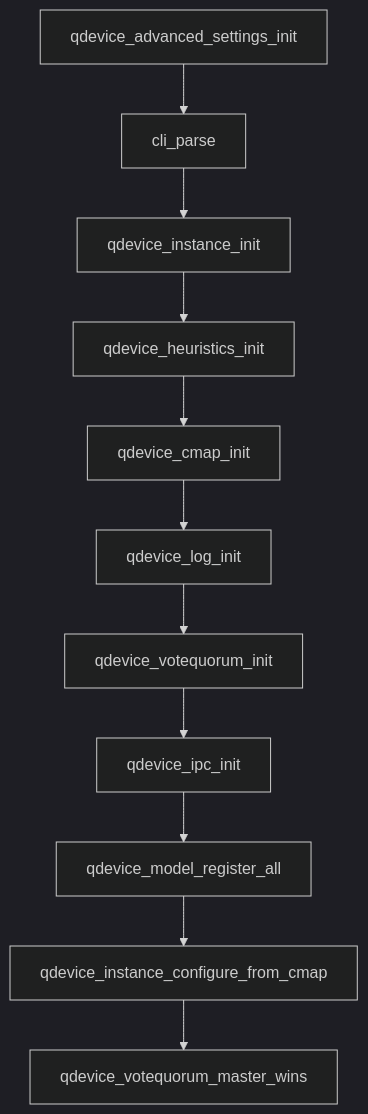
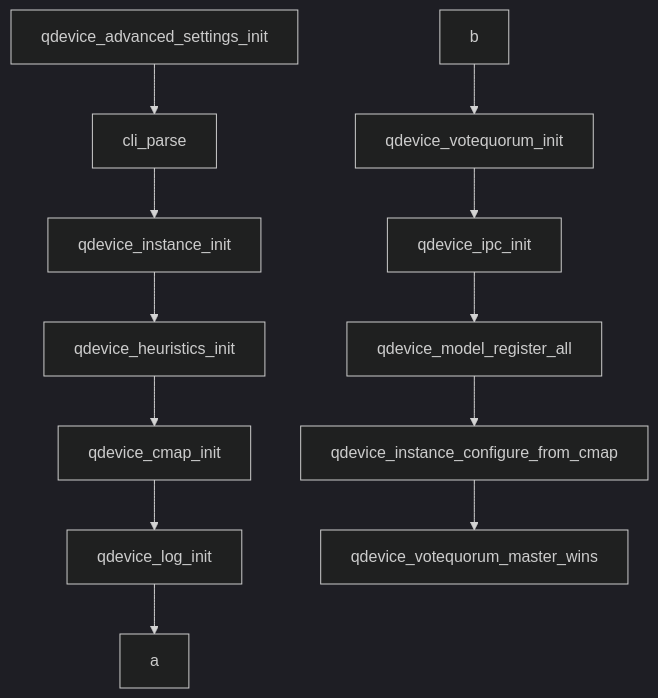
One commit to growdu/blog changed the first of 5 diagrams in cluster/corosync/corosync-qnetd投票机制.md. Above: the diagram before and after it, drawn with Mermaid (dark theme). The commit also changed other lines of this file and 6 other files, not shown here.

````diff
--- a/cluster/corosync/corosync-qnetd投票机制.md
+++ b/cluster/corosync/corosync-qnetd投票机制.md
@@ -11,4 +46,5 @@
 ```mermaid
 graph TB
-qdevice_advanced_settings_init-->cli_parse-->qdevice_instance_init-->qdevice_heuristics_init-->qdevice_cmap_init-->qdevice_log_init-->qdevice_votequorum_init-->qdevice_ipc_init-->qdevice_model_register_all-->qdevice_instance_configure_from_cmap-->qdevice_votequorum_master_wins
+qdevice_advanced_settings_init-->cli_parse-->qdevice_instance_init-->qdevice_heuristics_init-->qdevice_cmap_init-->qdevice_log_init-->a
+b-->qdevice_votequorum_init-->qdevice_ipc_init-->qdevice_model_register_all-->qdevice_instance_configure_from_cmap-->qdevice_votequorum_master_wins
 ```
````
